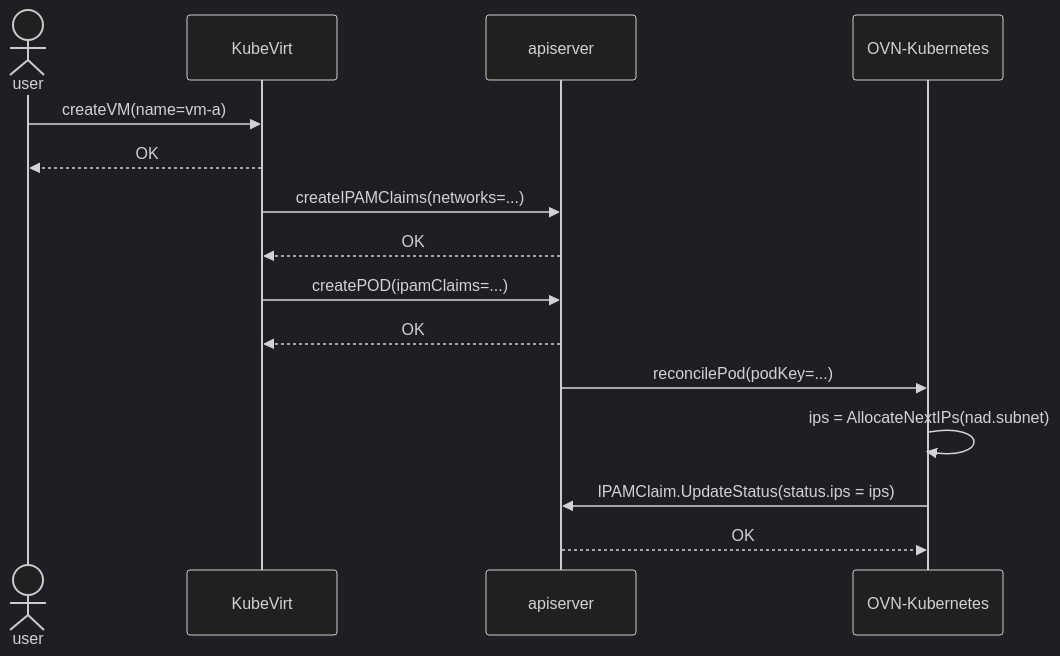
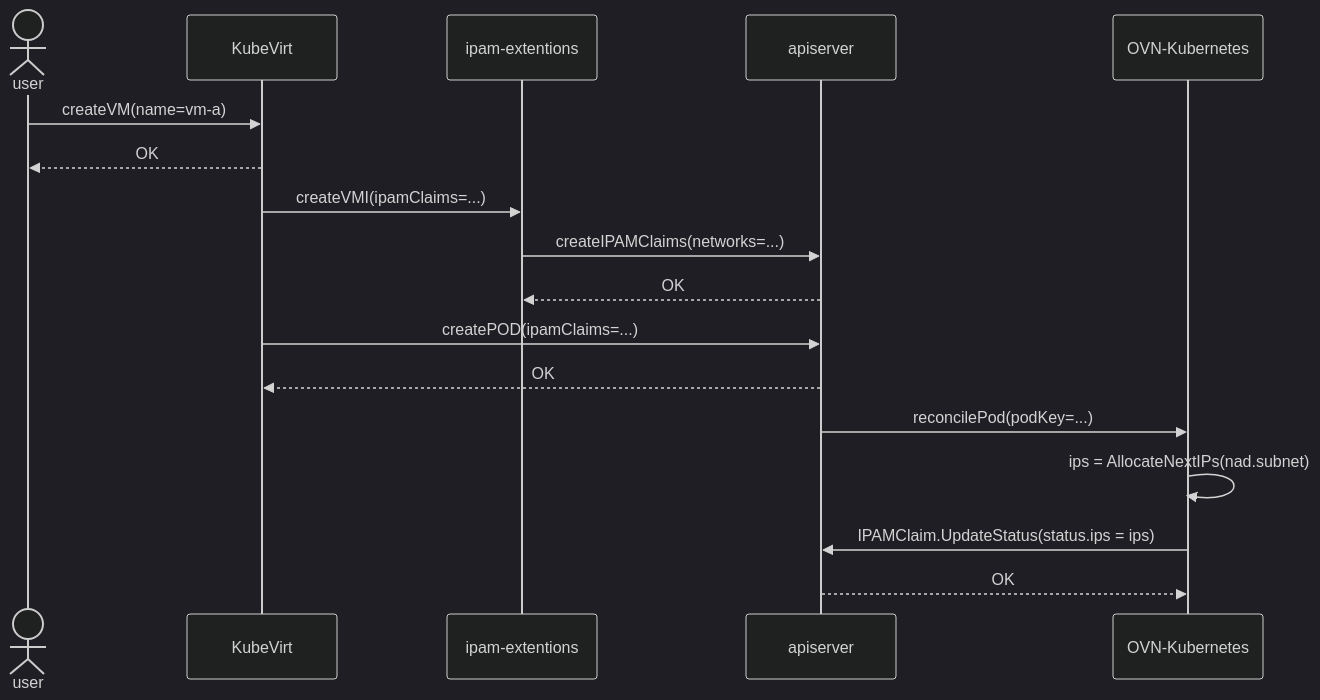
Before and after one commit to ovn-org/ovn-kubernetes: the first of 2 diagrams in docs/features/multiple-networks/multi-homing.md, drawn with Mermaid (dark theme). The commit also changed other lines of this file, not shown here.

````diff
--- a/docs/features/multiple-networks/multi-homing.md
+++ b/docs/features/multiple-networks/multi-homing.md
@@ -327,21 +328,23 @@
 ```mermaid
 sequenceDiagram
   actor user
   participant KubeVirt
+  participant ipam-extentions
   participant apiserver
   participant OVN-Kubernetes
 
   user->>KubeVirt: createVM(name=vm-a)
   KubeVirt-->>user: OK
 
-  KubeVirt->>apiserver: createIPAMClaims(networks=...)
-  apiserver-->>KubeVirt: OK
-
+  KubeVirt->>ipam-extentions: createVMI(ipamClaims=...)
+  ipam-extentions->>apiserver: createIPAMClaims(networks=...)
+  apiserver-->>ipam-extentions: OK
+  
   KubeVirt->>apiserver: createPOD(ipamClaims=...)
   apiserver-->>KubeVirt: OK
 
   apiserver->>OVN-Kubernetes: reconcilePod(podKey=...)
   OVN-Kubernetes->>OVN-Kubernetes: ips = AllocateNextIPs(nad.subnet)
   OVN-Kubernetes->>apiserver: IPAMClaim.UpdateStatus(status.ips = ips)
   apiserver-->>OVN-Kubernetes: OK
 ```
````
